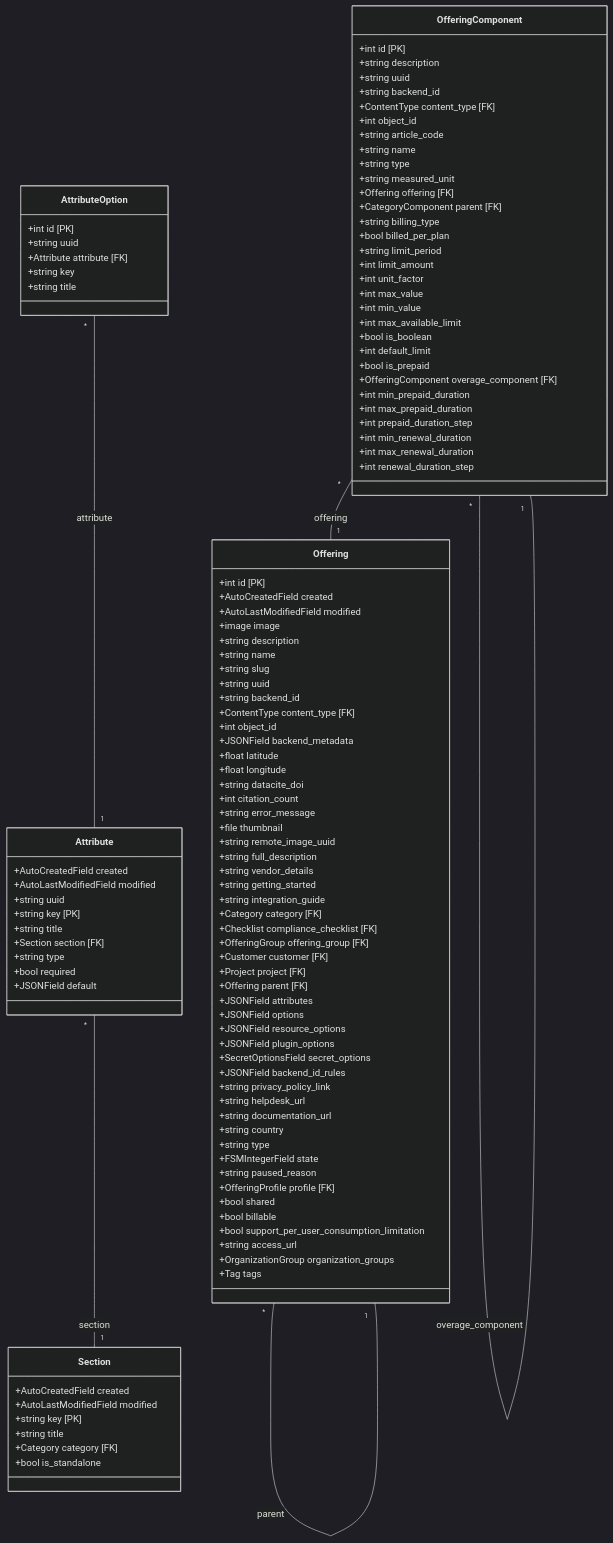
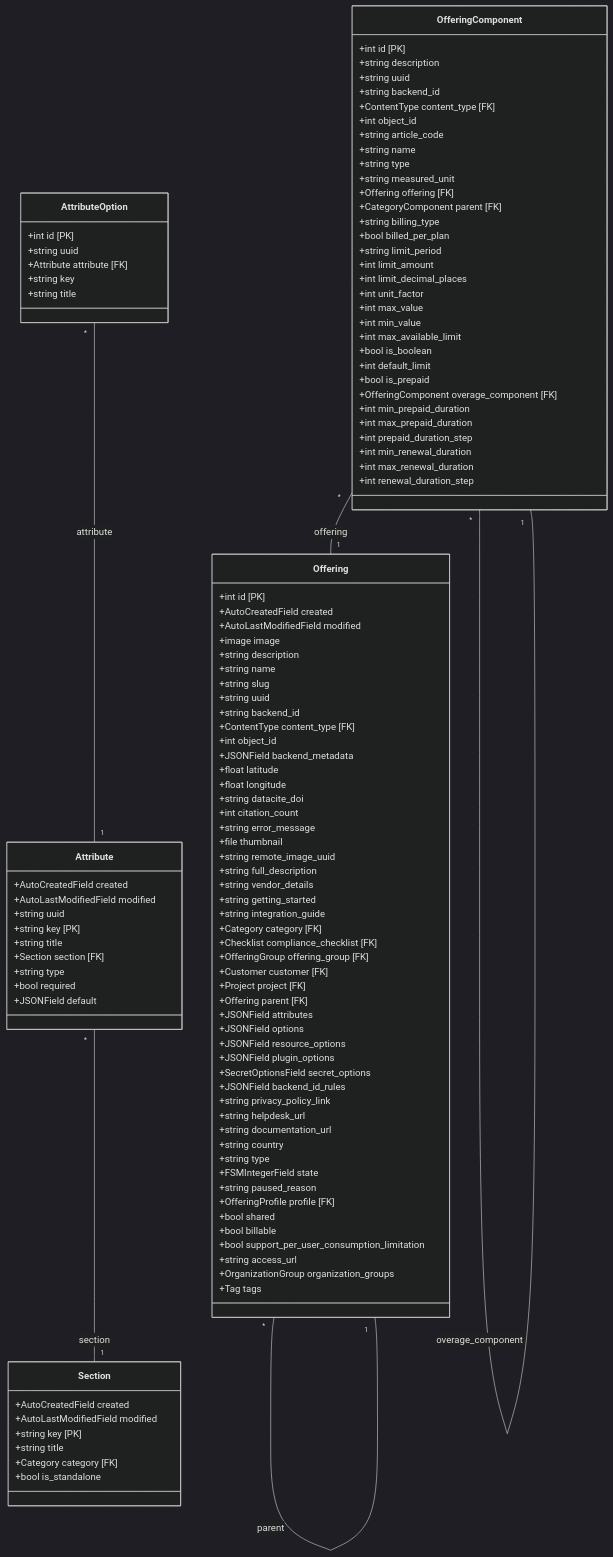
One commit to waldur/waldur-mastermind changed the diagram in docs/marketplace_catalog.mmd. Above: the diagram before and after it, drawn with Mermaid (dark theme). The commit also changed 18 other files, not shown here.

```diff
--- a/docs/marketplace_catalog.mmd
+++ b/docs/marketplace_catalog.mmd
@@ -1,116 +1,117 @@
 classDiagram
     direction TB
     class Section {
         +AutoCreatedField created
         +AutoLastModifiedField modified
         +string key [PK]
         +string title
         +Category category [FK]
         +bool is_standalone
     }
     class Attribute {
         +AutoCreatedField created
         +AutoLastModifiedField modified
         +string uuid
         +string key [PK]
         +string title
         +Section section [FK]
         +string type
         +bool required
         +JSONField default
     }
     class AttributeOption {
         +int id [PK]
         +string uuid
         +Attribute attribute [FK]
         +string key
         +string title
     }
     class Offering {
         +int id [PK]
         +AutoCreatedField created
         +AutoLastModifiedField modified
         +image image
         +string description
         +string name
         +string slug
         +string uuid
         +string backend_id
         +ContentType content_type [FK]
         +int object_id
         +JSONField backend_metadata
         +float latitude
         +float longitude
         +string datacite_doi
         +int citation_count
         +string error_message
         +file thumbnail
         +string remote_image_uuid
         +string full_description
         +string vendor_details
         +string getting_started
         +string integration_guide
         +Category category [FK]
         +Checklist compliance_checklist [FK]
         +OfferingGroup offering_group [FK]
         +Customer customer [FK]
         +Project project [FK]
         +Offering parent [FK]
         +JSONField attributes
         +JSONField options
         +JSONField resource_options
         +JSONField plugin_options
         +SecretOptionsField secret_options
         +JSONField backend_id_rules
         +string privacy_policy_link
         +string helpdesk_url
         +string documentation_url
         +string country
         +string type
         +FSMIntegerField state
         +string paused_reason
         +OfferingProfile profile [FK]
         +bool shared
         +bool billable
         +bool support_per_user_consumption_limitation
         +string access_url
         +OrganizationGroup organization_groups
         +Tag tags
     }
     class OfferingComponent {
         +int id [PK]
         +string description
         +string uuid
         +string backend_id
         +ContentType content_type [FK]
         +int object_id
         +string article_code
         +string name
         +string type
         +string measured_unit
         +Offering offering [FK]
         +CategoryComponent parent [FK]
         +string billing_type
         +bool billed_per_plan
         +string limit_period
         +int limit_amount
+        +int limit_decimal_places
         +int unit_factor
         +int max_value
         +int min_value
         +int max_available_limit
         +bool is_boolean
         +int default_limit
         +bool is_prepaid
         +OfferingComponent overage_component [FK]
         +int min_prepaid_duration
         +int max_prepaid_duration
         +int prepaid_duration_step
         +int min_renewal_duration
         +int max_renewal_duration
         +int renewal_duration_step
     }
     Attribute "*" -- "1" Section : section
     AttributeOption "*" -- "1" Attribute : attribute
     Offering "*" -- "1" Offering : parent
     OfferingComponent "*" -- "1" Offering : offering
     OfferingComponent "*" -- "1" OfferingComponent : overage_component
```
